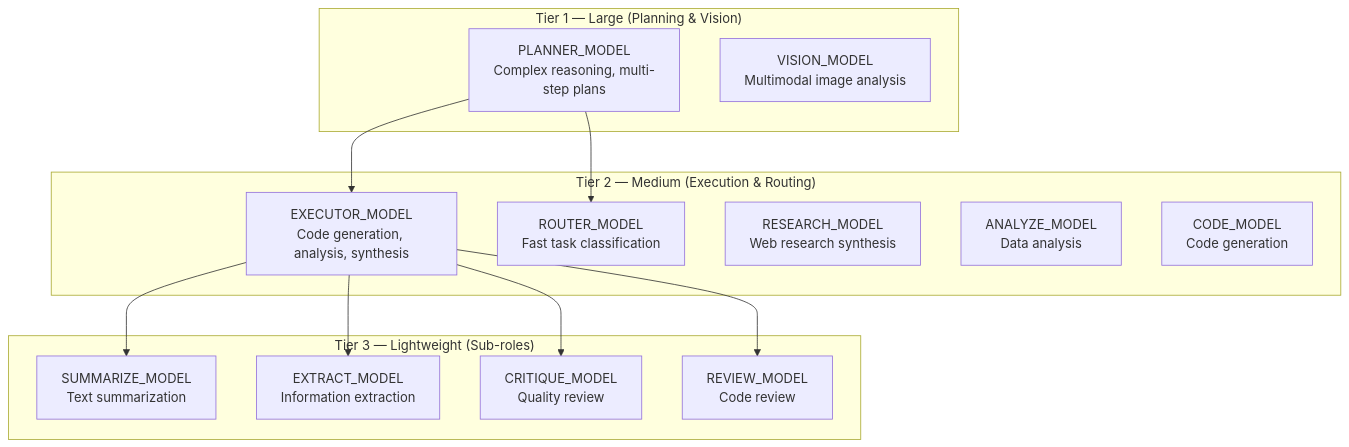
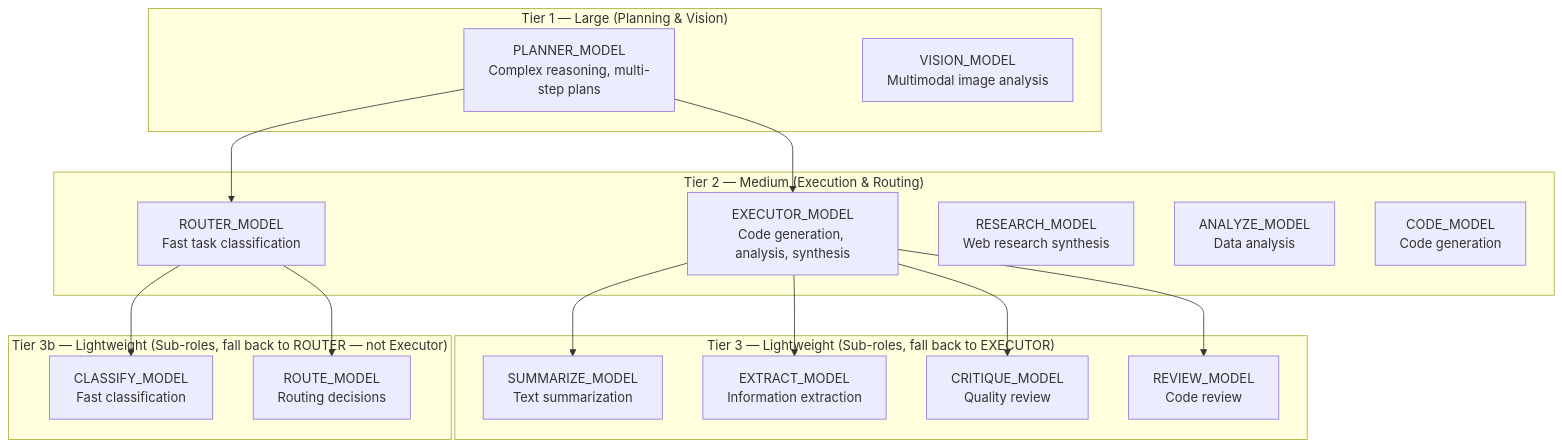
One commit to brunogcar/agent changed the third of 4 diagrams in docs/core/CONFIG.md. Above: the diagram before and after it, drawn with Mermaid. The commit also changed other lines of this file and 12 other files, not shown here.

````diff
--- a/docs/core/CONFIG.md
+++ b/docs/core/CONFIG.md
@@ -116,26 +113,32 @@
 ```mermaid
 graph TD
     subgraph "Tier 1 — Large (Planning & Vision)"
         P["PLANNER_MODEL<br/>Complex reasoning, multi-step plans"]
         V["VISION_MODEL<br/>Multimodal image analysis"]
     end
     subgraph "Tier 2 — Medium (Execution & Routing)"
         E["EXECUTOR_MODEL<br/>Code generation, analysis, synthesis"]
         R["ROUTER_MODEL<br/>Fast task classification"]
         RE["RESEARCH_MODEL<br/>Web research synthesis"]
         AN["ANALYZE_MODEL<br/>Data analysis"]
         CO["CODE_MODEL<br/>Code generation"]
     end
-    subgraph "Tier 3 — Lightweight (Sub-roles)"
+    subgraph "Tier 3 — Lightweight (Sub-roles, fall back to EXECUTOR)"
         SU["SUMMARIZE_MODEL<br/>Text summarization"]
         EX["EXTRACT_MODEL<br/>Information extraction"]
         CR["CRITIQUE_MODEL<br/>Quality review"]
         RV["REVIEW_MODEL<br/>Code review"]
     end
+    subgraph "Tier 3b — Lightweight (Sub-roles, fall back to ROUTER — not Executor)"
+        CL["CLASSIFY_MODEL<br/>Fast classification"]
+        RT["ROUTE_MODEL<br/>Routing decisions"]
+    end
     P --> E
     P --> R
+    R --> CL
+    R --> RT
     E --> SU
     E --> EX
     E --> CR
     E --> RV
 ```
````
